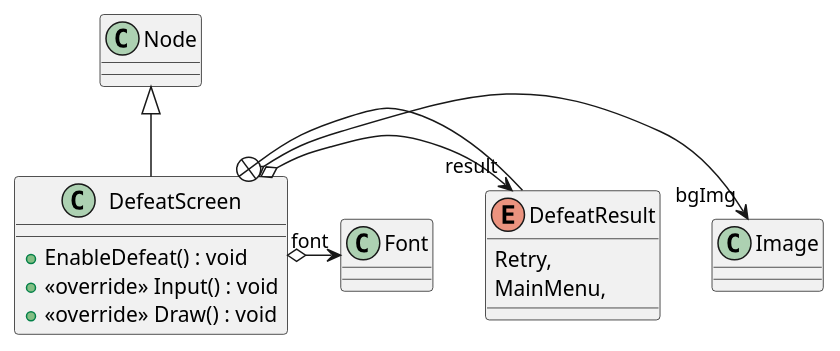
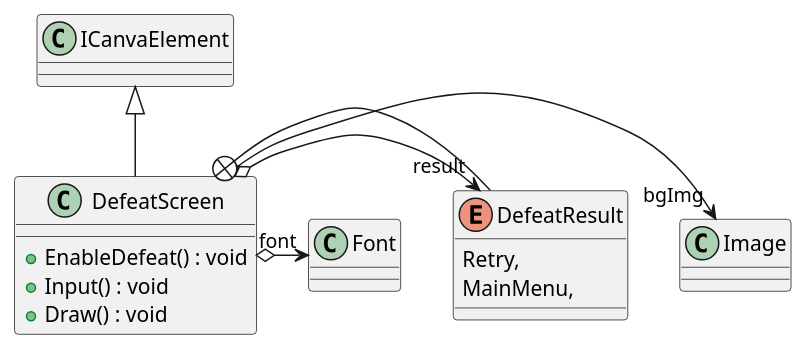
Before and after one commit to Reroll-inc/sweeper-rpg: the diagram in uml/SweeperRpg/Src/UI/DefeatScreen.puml, drawn with PlantUML. The commit also changed 26 other files, not shown here.

Commit message:
regenerate uml

```diff
--- a/uml/SweeperRpg/Src/UI/DefeatScreen.puml
+++ b/uml/SweeperRpg/Src/UI/DefeatScreen.puml
@@ -1,16 +1,16 @@
 @startuml
 class DefeatScreen {
     + EnableDefeat() : void
-    + <<override>> Input() : void
-    + <<override>> Draw() : void
+    + Input() : void
+    + Draw() : void
 }
 enum DefeatResult {
     Retry,
     MainMenu,
 }
-Node <|-- DefeatScreen
+ICanvaElement <|-- DefeatScreen
 DefeatScreen o-> "bgImg" Image
 DefeatScreen o-> "result" DefeatResult
 DefeatScreen o-> "font" Font
 DefeatScreen +-- DefeatResult
 @enduml
```
